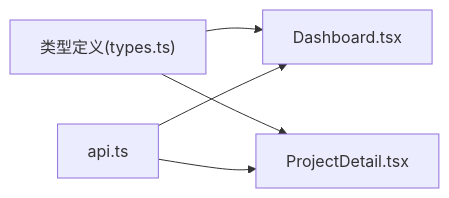
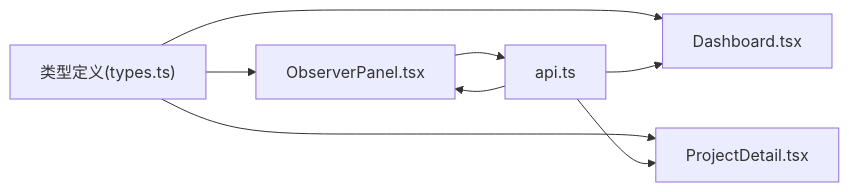
One commit to GDY-ai/ainstein changed the third of 3 diagrams in .qoder/repowiki/zh/content/前端应用/TypeScript类型定义.md. Above: the diagram before and after it, drawn with Mermaid. The commit also changed other lines of this file and 19 other files, not shown here.

````diff
--- a/.qoder/repowiki/zh/content/前端应用/TypeScript类型定义.md
+++ b/.qoder/repowiki/zh/content/前端应用/TypeScript类型定义.md
@@ -251,11 +289,15 @@
 ```mermaid
 graph LR
 Types["类型定义(types.ts)"]
 Dashboard["Dashboard.tsx"]
 Detail["ProjectDetail.tsx"]
+ObserverPanel["ObserverPanel.tsx"]
 API["api.ts"]
 Types --> Dashboard
 Types --> Detail
+Types --> ObserverPanel
 API --> Dashboard
 API --> Detail
+API --> ObserverPanel
+ObserverPanel --> API
 ```
````
